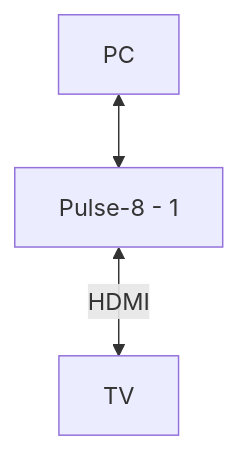
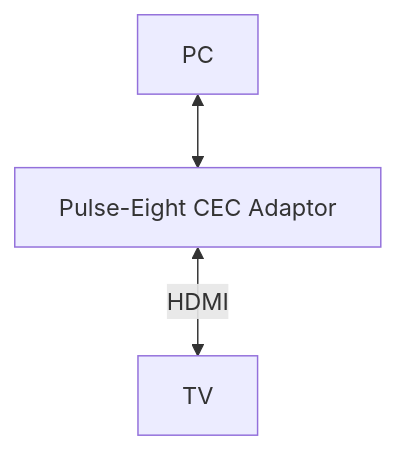
Before and after one commit to rdkcentral/rdk-halif-test-hdmi_cec: the first of 4 diagrams in docs/pages/hdmi-cec-sink-L3-Low-Level_TestSpec.md, drawn with Mermaid. The commit also changed other lines of this file, not shown here.

Commit message:
gh #44 Update hdmi-cec-sink-L3-Low-Level_TestSpec.md

````diff
--- a/docs/pages/hdmi-cec-sink-L3-Low-Level_TestSpec.md
+++ b/docs/pages/hdmi-cec-sink-L3-Low-Level_TestSpec.md
@@ -41,5 +41,5 @@
 ```mermaid
 graph TB
 C[PC] <--> A
-A[Pulse-8 - 1] <--> |HDMI| B[TV]  
+A[Pulse-Eight CEC Adaptor ] <--> |HDMI| B[TV]  
 ```
````
